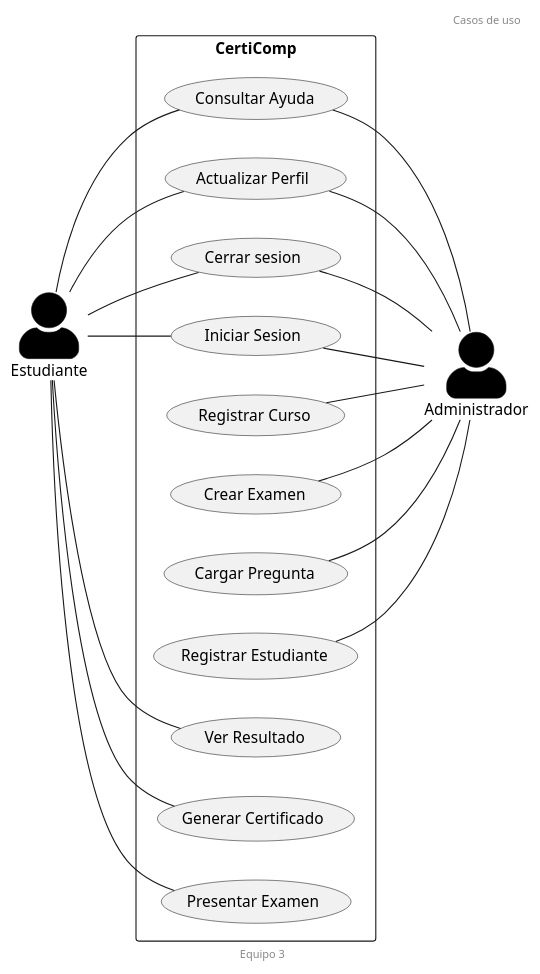
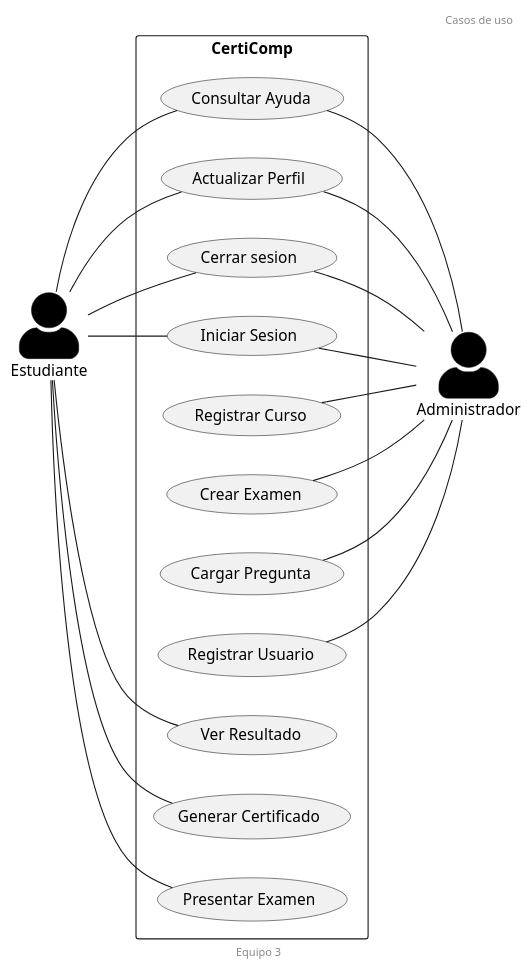
The diagram in docs/scenariosView/Requisitos/CasoDeUso.plantuml (febres35/EdTech_IS), drawn with PlantUML before and after one commit. The commit also changed 1 other file, not shown here.

Commit message:
no se registra estudiante sino Usuario en general

```diff
--- a/docs/scenariosView/Requisitos/CasoDeUso.plantuml
+++ b/docs/scenariosView/Requisitos/CasoDeUso.plantuml
@@ -1,58 +1,58 @@
 @startuml Casos de Uso
 
 left to right direction
 skinparam actorStyle awesome
 skinparam ActorBackgroundColor black
 
 header Casos de uso
 footer Equipo 3
 
 rectangle CertiComp{
 
   usecase " Ver Resultado" as UC6
   usecase " Iniciar Sesion " as UC1 
-  usecase " Registrar Estudiante" as UC2
+  usecase " Registrar Usuario" as UC2
   usecase " Registrar Curso" as UC3
   usecase "Generar Certificado" as UC4  
   
   usecase "Presentar Examen" as UC13
   
   usecase " Crear Examen" as UC7
   usecase " Cargar Pregunta" as UC12
   usecase " Consultar Ayuda" as UC8
   usecase " Cerrar sesion " as UC9
   usecase " Actualizar Perfil " as UC10
   
   
 
   
 }
 'usecase "Iniciar Examen " as UC11
 'usecase " Presentar Examen" as UC5
 
 
 Administrador -up- UC2
 Administrador -up- UC12
 Administrador -up- UC7
 Administrador -up- UC3
 
 Estudiante -- UC13
 Estudiante-- UC6
 Estudiante-- UC4
  
 
 Administrador -up- UC1
 Estudiante -- UC1
 
 Administrador -up- UC9
 Estudiante-- UC9
 
 
 Administrador -up-  UC10
 Estudiante -- UC10
 
 Administrador -up- UC8
 Estudiante -- UC8
 
 
 @enduml
```
